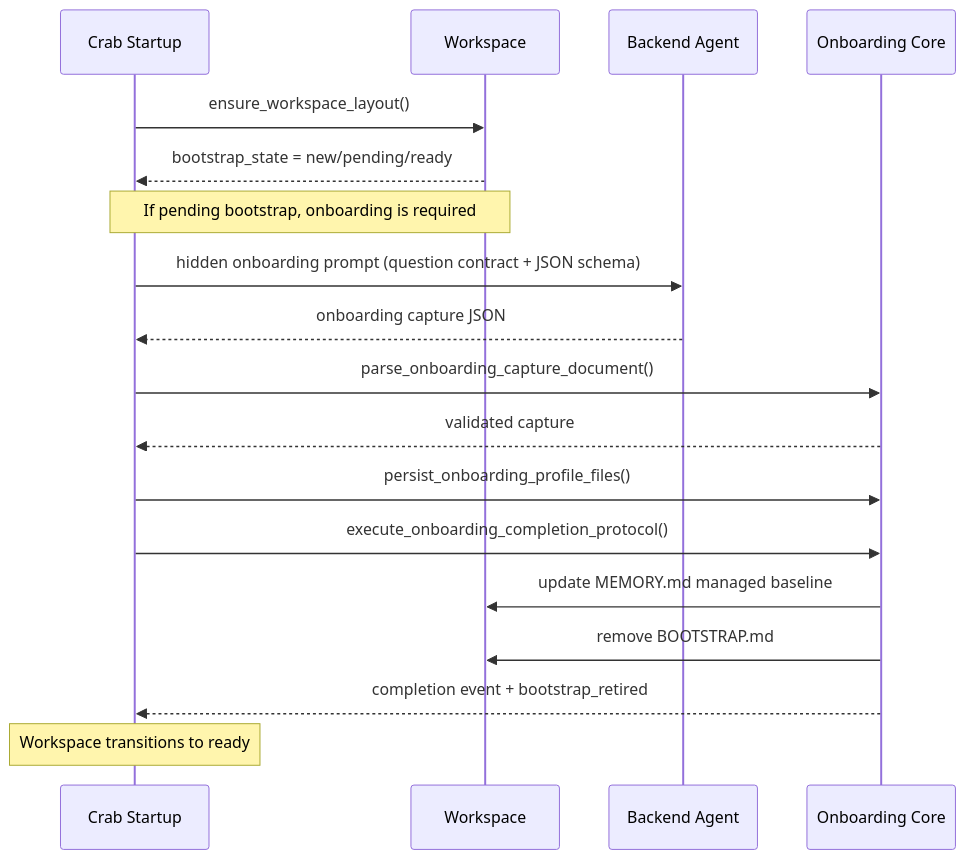
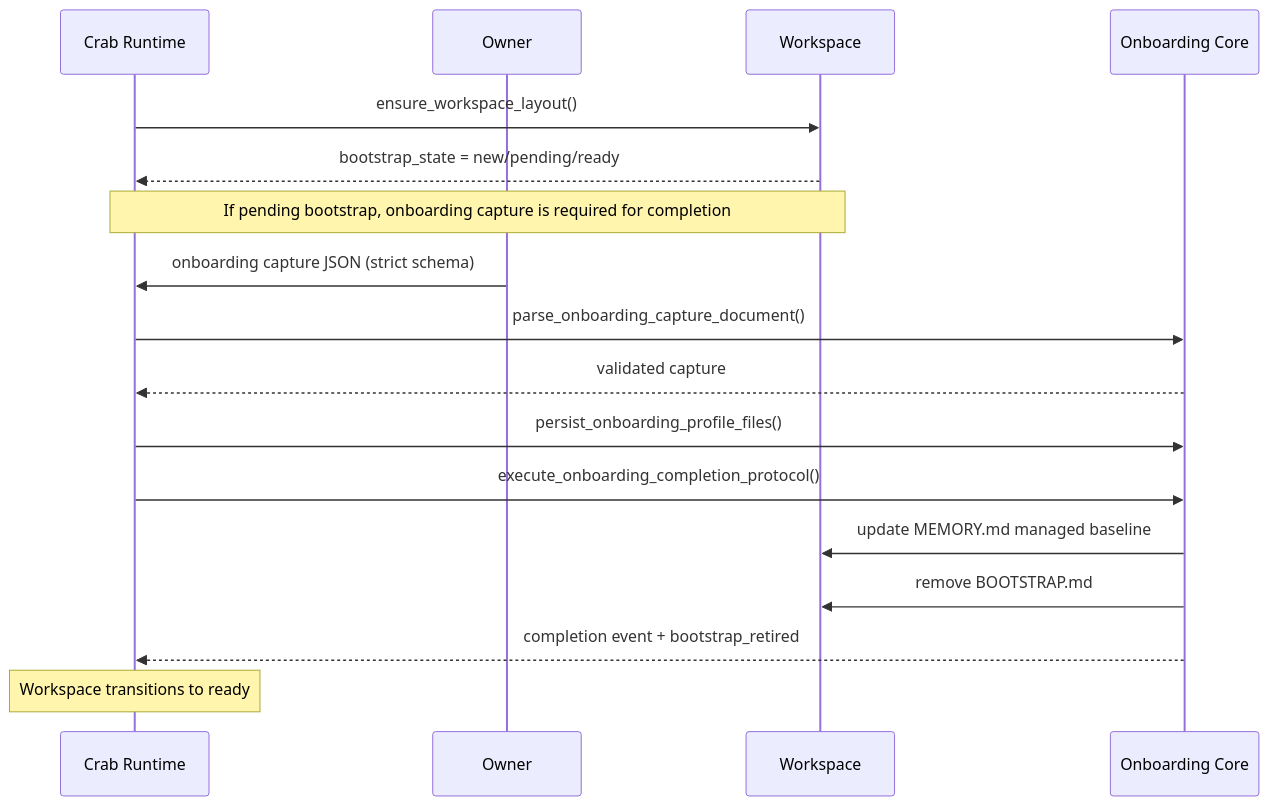
One commit to fontanierh/crab changed the diagram in crab/docs/01-initial-turn-and-onboarding.md. Above: the diagram before and after it, drawn with Mermaid. The commit also changed other lines of this file and 6 other files, not shown here.

Commit message:
wire onboarding capture completion and shared opencode recovery

````diff
--- a/crab/docs/01-initial-turn-and-onboarding.md
+++ b/crab/docs/01-initial-turn-and-onboarding.md
@@ -69,25 +73,24 @@
 ```mermaid
 sequenceDiagram
-    participant Startup as Crab Startup
+    participant Runtime as Crab Runtime
+    participant Owner as Owner
     participant WS as Workspace
-    participant Agent as Backend Agent
     participant Core as Onboarding Core
 
-    Startup->>WS: ensure_workspace_layout()
-    WS-->>Startup: bootstrap_state = new/pending/ready
+    Runtime->>WS: ensure_workspace_layout()
+    WS-->>Runtime: bootstrap_state = new/pending/ready
 
-    Note over Startup,WS: If pending bootstrap, onboarding is required
+    Note over Runtime,WS: If pending bootstrap, onboarding capture is required for completion
 
-    Startup->>Agent: hidden onboarding prompt (question contract + JSON schema)
-    Agent-->>Startup: onboarding capture JSON
-    Startup->>Core: parse_onboarding_capture_document()
-    Core-->>Startup: validated capture
+    Owner->>Runtime: onboarding capture JSON (strict schema)
+    Runtime->>Core: parse_onboarding_capture_document()
+    Core-->>Runtime: validated capture
 
-    Startup->>Core: persist_onboarding_profile_files()
-    Startup->>Core: execute_onboarding_completion_protocol()
+    Runtime->>Core: persist_onboarding_profile_files()
+    Runtime->>Core: execute_onboarding_completion_protocol()
     Core->>WS: update MEMORY.md managed baseline
     Core->>WS: remove BOOTSTRAP.md
-    Core-->>Startup: completion event + bootstrap_retired
+    Core-->>Runtime: completion event + bootstrap_retired
 
-    Note over Startup: Workspace transitions to ready
+    Note over Runtime: Workspace transitions to ready
 ```
````
